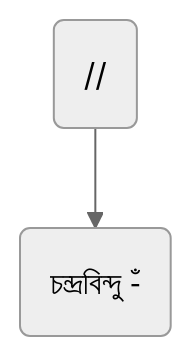
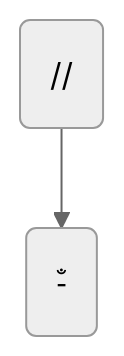
One commit to KhiproTeam/khipro-quickstart changed diagram 21 of 27 in README.md. Above: the diagram before and after it, drawn with Mermaid (neutral theme). The commit also changed other lines of this file, not shown here.

````diff
--- a/README.md
+++ b/README.md
@@ -271,4 +291,4 @@
 ```mermaid
 flowchart TD
-a(//) --> b(চন্দ্রবিন্দু -ঁ )
+a(//) --> b( -ঁ )
 ```
````
